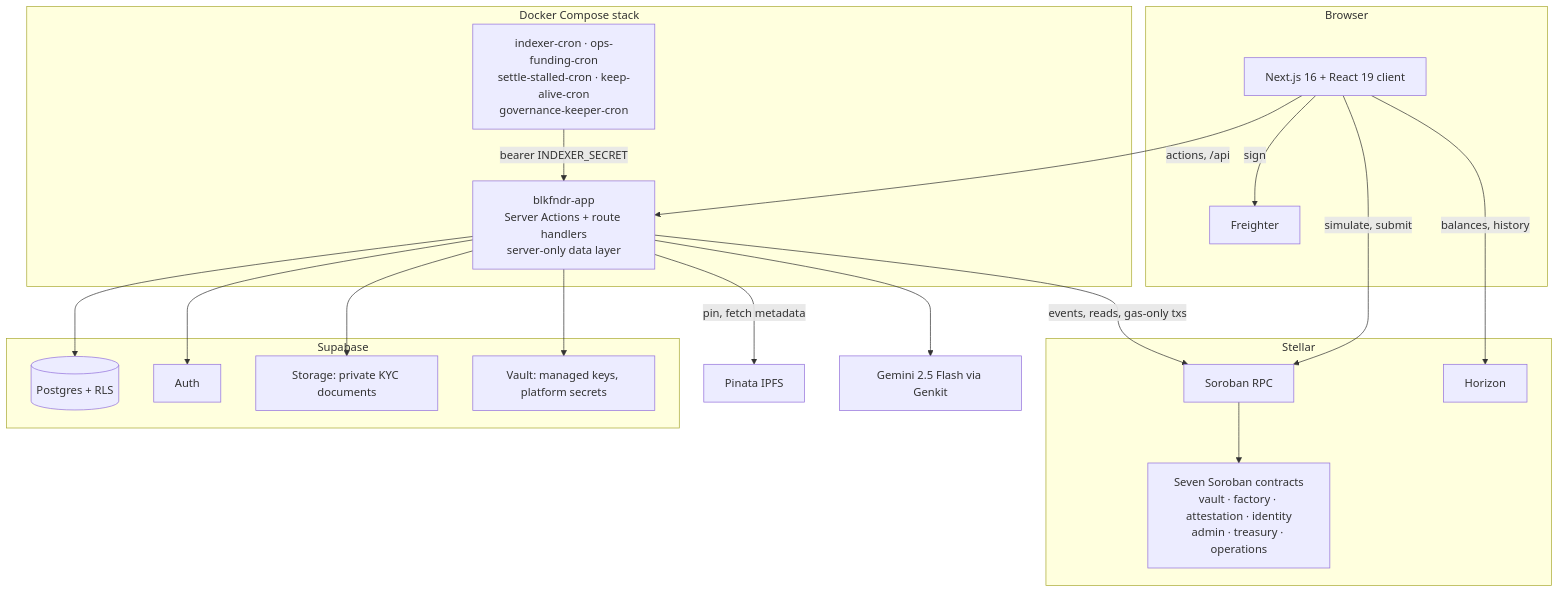
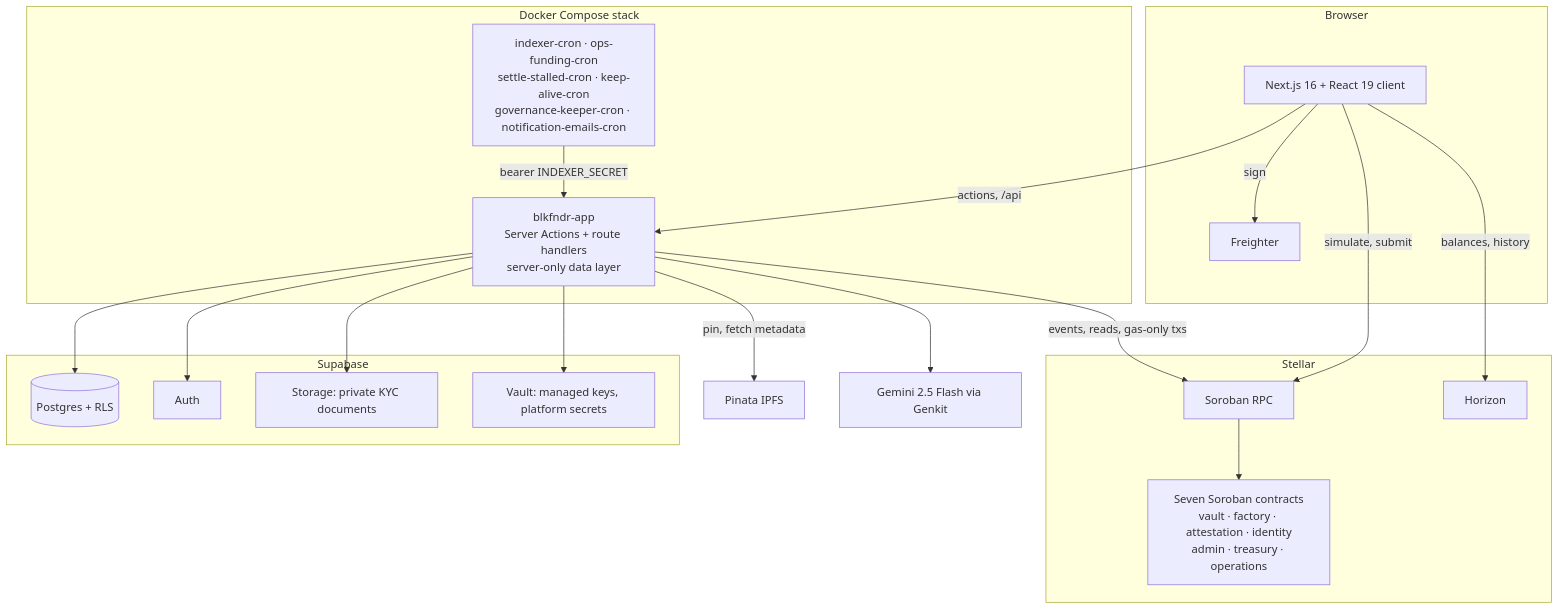
Before and after one commit to BLKFNDRPH/blkfndrapp: the diagram in docs/architecture.md, drawn with Mermaid. The commit also changed other lines of this file and 28 other files, not shown here.

````diff
--- a/docs/architecture.md
+++ b/docs/architecture.md
@@ -7,42 +7,42 @@
 ```mermaid
 graph TB
     subgraph Browser
         UI[Next.js 16 + React 19 client]
         FW[Freighter]
     end
 
     subgraph "Docker Compose stack"
         APP[blkfndr-app<br/>Server Actions + route handlers<br/>server-only data layer]
-        CRON[indexer-cron · ops-funding-cron<br/>settle-stalled-cron · keep-alive-cron<br/>governance-keeper-cron]
+        CRON[indexer-cron · ops-funding-cron<br/>settle-stalled-cron · keep-alive-cron<br/>governance-keeper-cron · notification-emails-cron]
     end
 
     subgraph Stellar
         SRPC[Soroban RPC]
         HZN[Horizon]
         SUITE[Seven Soroban contracts<br/>vault · factory · attestation · identity<br/>admin · treasury · operations]
     end
 
     subgraph Supabase
         PG[(Postgres + RLS)]
         AUTH[Auth]
         STG[Storage: private KYC documents]
         SV[Vault: managed keys, platform secrets]
     end
 
     PIN[Pinata IPFS]
     GEM[Gemini 2.5 Flash via Genkit]
 
     UI -->|actions, /api| APP
     UI -->|sign| FW
     UI -->|simulate, submit| SRPC
     UI -->|balances, history| HZN
     CRON -->|bearer INDEXER_SECRET| APP
     APP --> PG
     APP --> AUTH
     APP --> STG
     APP --> SV
     APP -->|pin, fetch metadata| PIN
     APP --> GEM
     APP -->|events, reads, gas-only txs| SRPC
     SRPC --> SUITE
 ```
````
